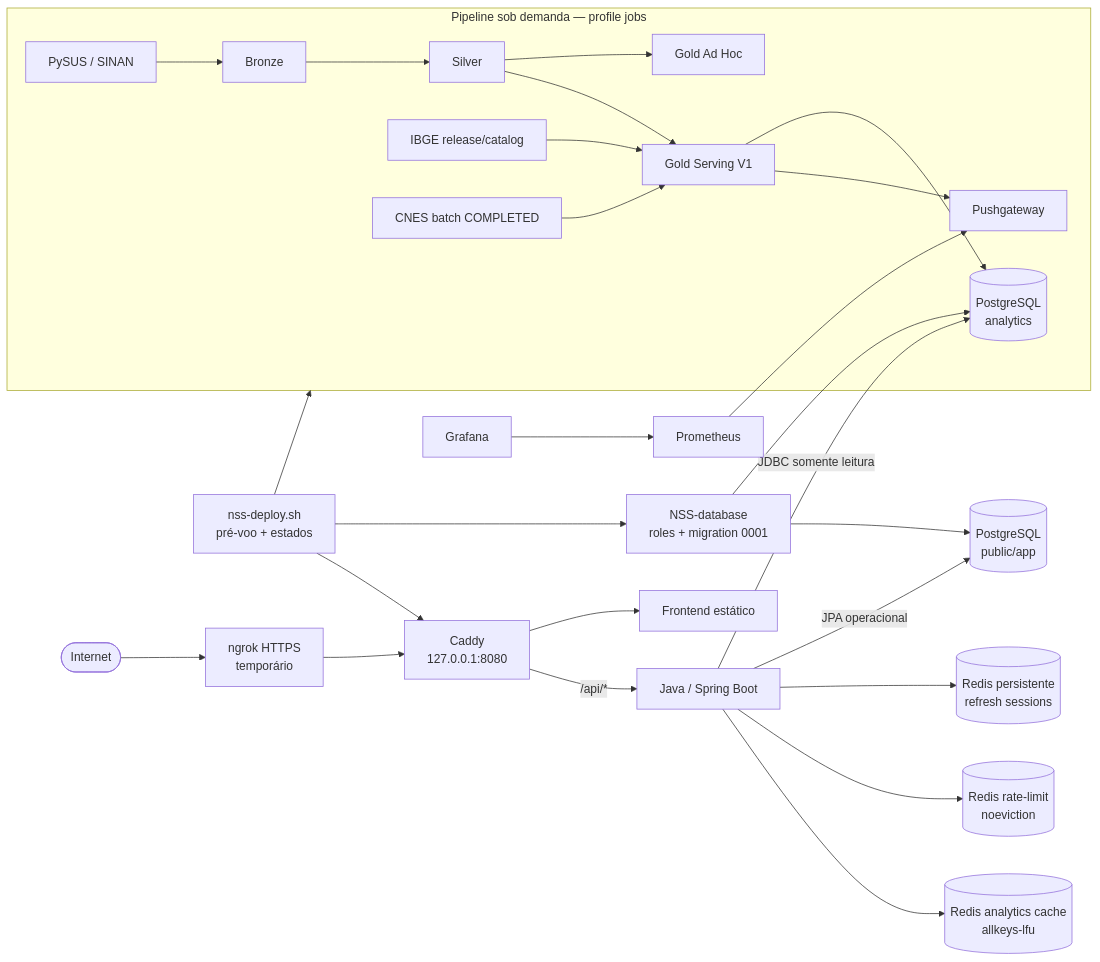
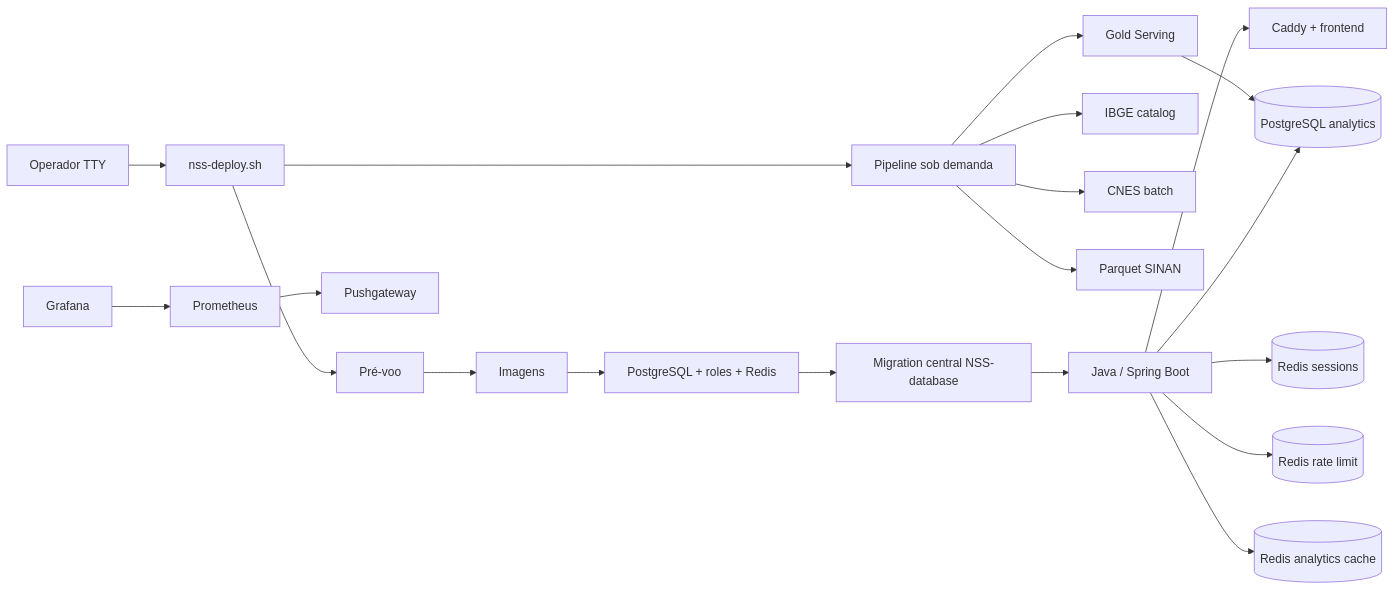
One commit to Zadoque/NSS-deployment changed the first of 2 diagrams in README.md. Above: the diagram before and after it, drawn with Mermaid. The commit also changed other lines of this file, not shown here.

````diff
--- a/README.md
+++ b/README.md
@@ -42,32 +14,22 @@
 ```mermaid
 flowchart LR
-    Internet([Internet]) --> Ngrok[ngrok HTTPS<br/>temporário]
-    Ngrok --> Caddy[Caddy<br/>127.0.0.1:8080]
-    Caddy --> Front[Frontend estático]
-    Caddy -->|/api/*| Java[Java / Spring Boot]
-
-    Java -->|JPA operacional| App[(PostgreSQL<br/>public/app)]
-    Java -->|JDBC somente leitura| Analytics[(PostgreSQL<br/>analytics)]
-    Java --> Sessions[(Redis persistente<br/>refresh sessions)]
-    Java --> Limits[(Redis rate-limit<br/>noeviction)]
-    Java --> Cache[(Redis analytics cache<br/>allkeys-lfu)]
-
-    subgraph Jobs[Pipeline sob demanda — profile jobs]
-        Sources[PySUS / SINAN] --> Bronze[Bronze]
-        Bronze --> Silver[Silver]
-        Silver --> AdHoc[Gold Ad Hoc]
-        Silver --> Serving[Gold Serving V1]
-        IBGE[IBGE release/catalog] --> Serving
-        CNES[CNES batch COMPLETED] --> Serving
-        Serving --> Analytics
-        Serving --> Push[Pushgateway]
-    end
-
-    Prom[Prometheus] --> Push
-    Grafana[Grafana] --> Prom
-    Migrate[NSS-database<br/>roles + migration 0001] --> App
-    Migrate --> Analytics
-    Deploy[nss-deploy.sh<br/>pré-voo + estados] --> Migrate
-    Deploy --> Jobs
-    Deploy --> Caddy
+  Operator[Operador TTY] --> Deploy[nss-deploy.sh]
+  Deploy --> Preflight[Pré-voo]
+  Preflight --> Build[Imagens]
+  Build --> Infra[PostgreSQL + roles + Redis]
+  Infra --> Schema[Migration central NSS-database]
+  Schema --> Java[Java / Spring Boot]
+  Java --> Web[Caddy + frontend]
+  Deploy --> Jobs[Pipeline sob demanda]
+  Jobs --> IBGE[IBGE catalog]
+  Jobs --> CNES[CNES batch]
+  Jobs --> SINAN[Parquet SINAN]
+  Jobs --> Gold[Gold Serving]
+  Gold --> PG[(PostgreSQL analytics)]
+  Java --> PG
+  Java --> R1[(Redis sessions)]
+  Java --> R2[(Redis rate limit)]
+  Java --> R3[(Redis analytics cache)]
+  Prom[Prometheus] --> Push[Pushgateway]
+  Grafana[Grafana] --> Prom
 ```
````
